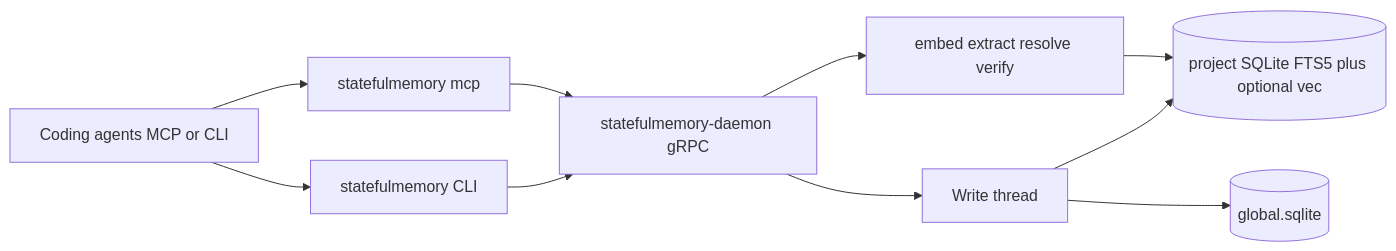
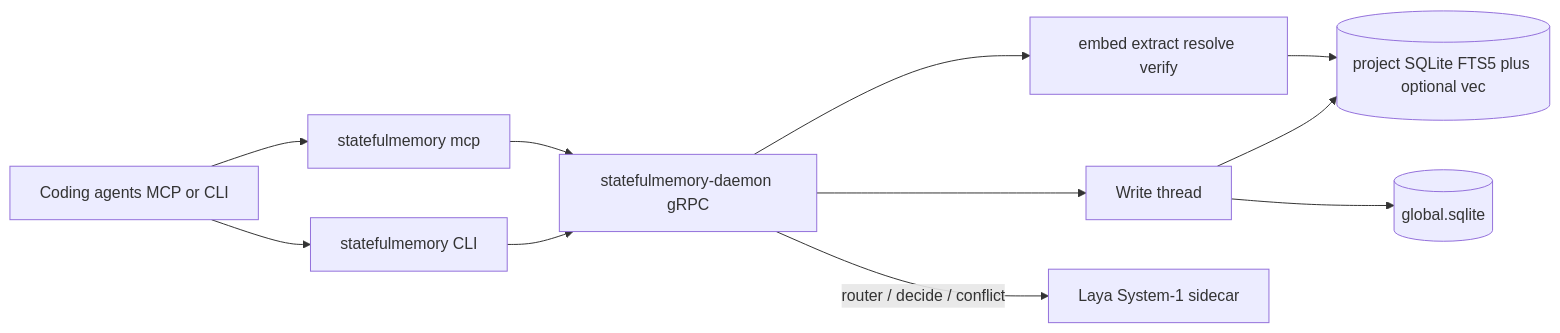
Before and after one commit to sanudatta11/statefulmemory: the diagram in website/src/content/docs/docs/architecture.md, drawn with Mermaid. The commit also changed other lines of this file and 17 other files, not shown here.

````diff
--- a/website/src/content/docs/docs/architecture.md
+++ b/website/src/content/docs/docs/architecture.md
@@ -13,20 +13,22 @@
 ```mermaid
 flowchart LR
   Agents[Coding agents MCP or CLI]
   CLI[statefulmemory CLI]
   MCP[statefulmemory mcp]
   D[statefulmemory-daemon gRPC]
   WT[Write thread]
   DB[(project SQLite FTS5 plus optional vec)]
   G[(global.sqlite)]
   Workers[embed extract resolve verify]
+  Laya[Laya System-1 sidecar]
   Agents --> CLI
   Agents --> MCP
   CLI --> D
   MCP --> D
   D --> WT
   WT --> DB
   WT --> G
   D --> Workers
   Workers --> DB
+  D -->|router / decide / conflict| Laya
 ```
````
